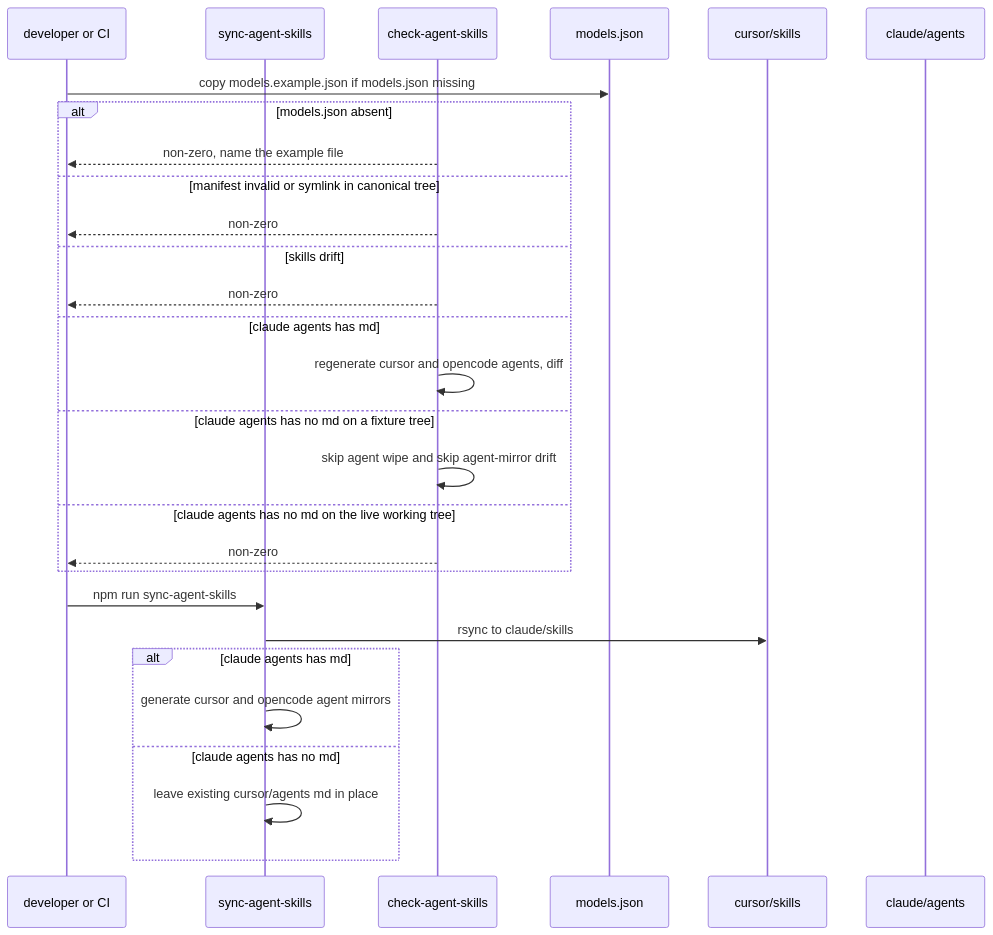
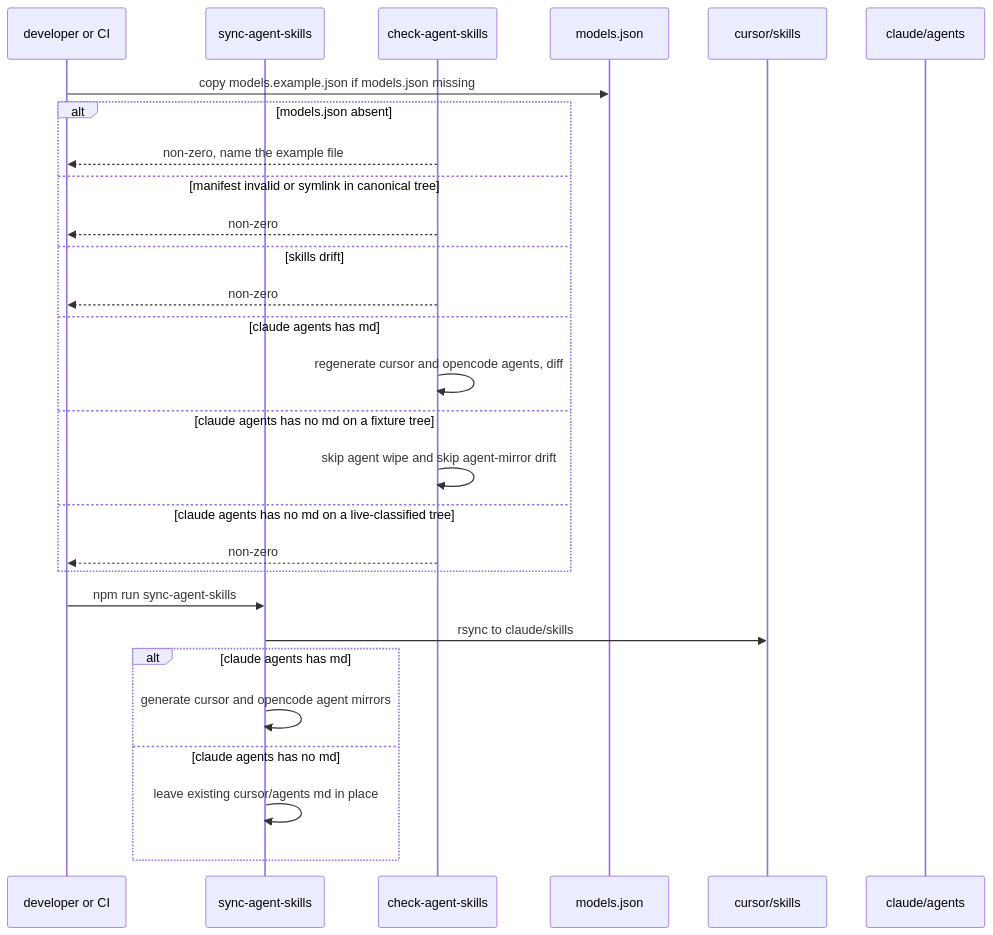
The diagram in docs/internal/spec/harness-scaffold.md (hochgi/test-kit), drawn with Mermaid before and after one commit. The commit also changed other lines of this file and 5 other files, not shown here.

First line of the commit message:
🤖: fix(harness): isolate live-tree checks from sibling suites (RD-24173) (#62)

````diff
--- a/docs/internal/spec/harness-scaffold.md
+++ b/docs/internal/spec/harness-scaffold.md
@@ -295,30 +363,30 @@
 ```mermaid
 sequenceDiagram
   participant Dev as developer or CI
   participant Sync as sync-agent-skills
   participant Check as check-agent-skills
   participant Manifest as models.json
   participant Skills as cursor/skills
   participant ClaudeA as claude/agents
   Dev->>Manifest: copy models.example.json if models.json missing
   alt models.json absent
     Check-->>Dev: non-zero, name the example file
   else manifest invalid or symlink in canonical tree
     Check-->>Dev: non-zero
   else skills drift
     Check-->>Dev: non-zero
   else claude agents has md
     Check->>Check: regenerate cursor and opencode agents, diff
   else claude agents has no md on a fixture tree
     Check->>Check: skip agent wipe and skip agent-mirror drift
-  else claude agents has no md on the live working tree
+  else claude agents has no md on a live-classified tree
     Check-->>Dev: non-zero
   end
   Dev->>Sync: npm run sync-agent-skills
   Sync->>Skills: rsync to claude/skills
   alt claude agents has md
     Sync->>Sync: generate cursor and opencode agent mirrors
   else claude agents has no md
     Sync->>Sync: leave existing cursor/agents md in place
   end
 ```
````
